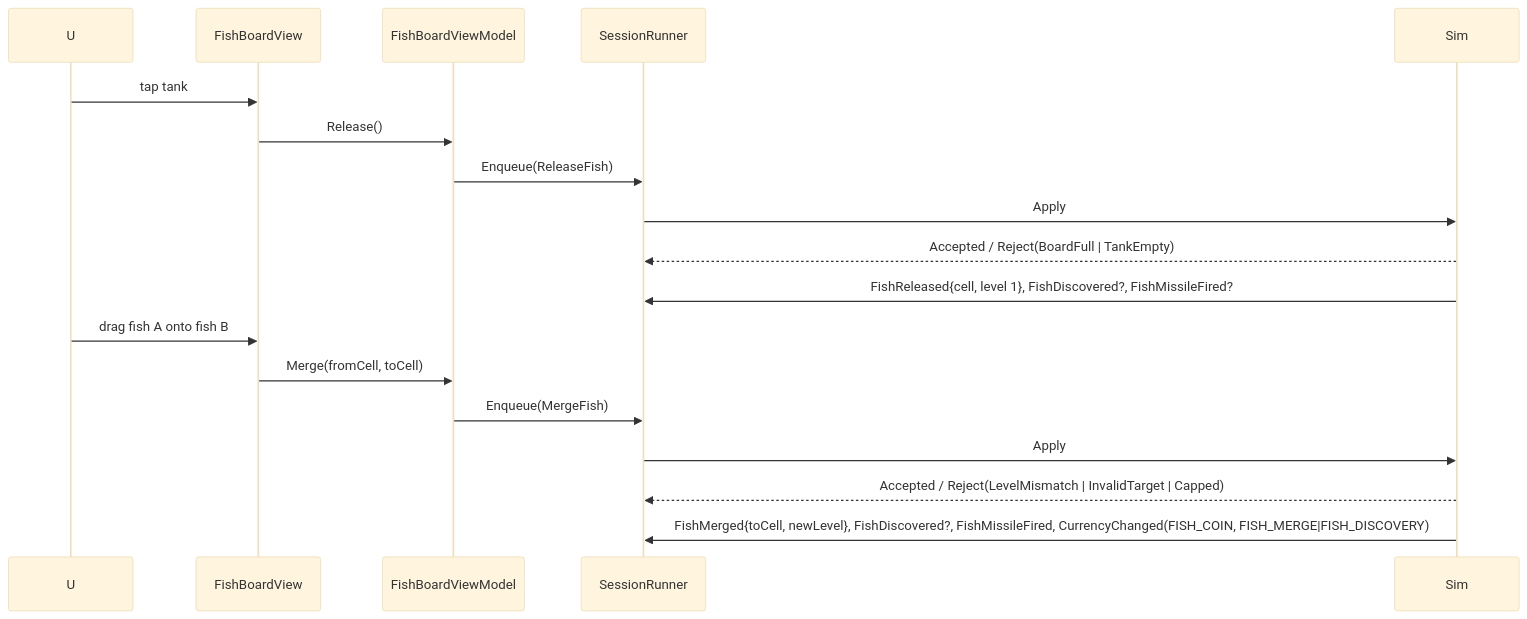
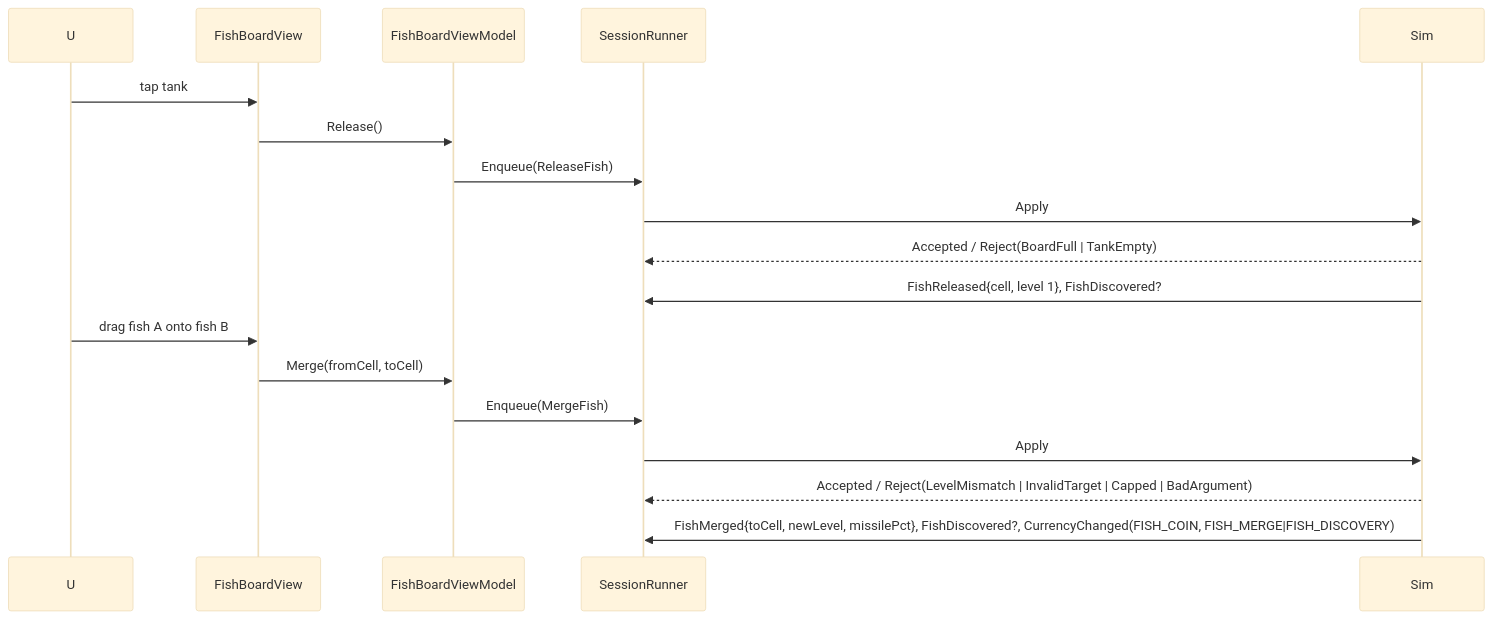
Before and after one commit to kjew2/herocat: the eighth of 15 diagrams in specs/01-architecture-and-data-flow.md, drawn with Mermaid (base theme). The commit also changed other lines of this file and 4 other files, not shown here.

````diff
--- a/specs/01-architecture-and-data-flow.md
+++ b/specs/01-architecture-and-data-flow.md
@@ -673,20 +673,20 @@
 ```mermaid
 sequenceDiagram
     participant U
     participant B as FishBoardView
     participant VM as FishBoardViewModel
     participant R as SessionRunner
     participant Sim
     U->>B: tap tank
     B->>VM: Release()
     VM->>R: Enqueue(ReleaseFish)
     R->>Sim: Apply
     Sim-->>R: Accepted / Reject(BoardFull | TankEmpty)
-    Sim->>R: FishReleased{cell, level 1}, FishDiscovered?, FishMissileFired?
+    Sim->>R: FishReleased{cell, level 1}, FishDiscovered?
     U->>B: drag fish A onto fish B
     B->>VM: Merge(fromCell, toCell)
     VM->>R: Enqueue(MergeFish)
     R->>Sim: Apply
-    Sim-->>R: Accepted / Reject(LevelMismatch | InvalidTarget | Capped)
-    Sim->>R: FishMerged{toCell, newLevel}, FishDiscovered?, FishMissileFired, CurrencyChanged(FISH_COIN, FISH_MERGE|FISH_DISCOVERY)
+    Sim-->>R: Accepted / Reject(LevelMismatch | InvalidTarget | Capped | BadArgument)
+    Sim->>R: FishMerged{toCell, newLevel, missilePct}, FishDiscovered?, CurrencyChanged(FISH_COIN, FISH_MERGE|FISH_DISCOVERY)
 ```
````
